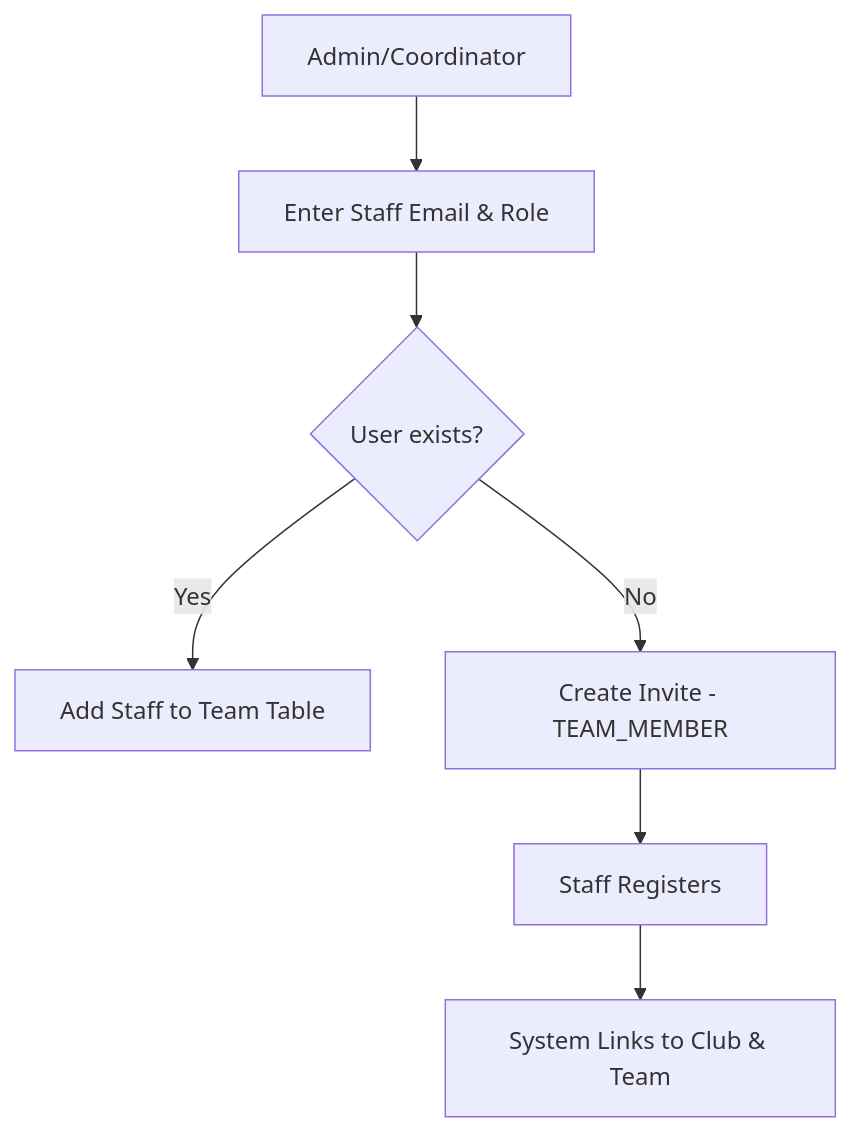
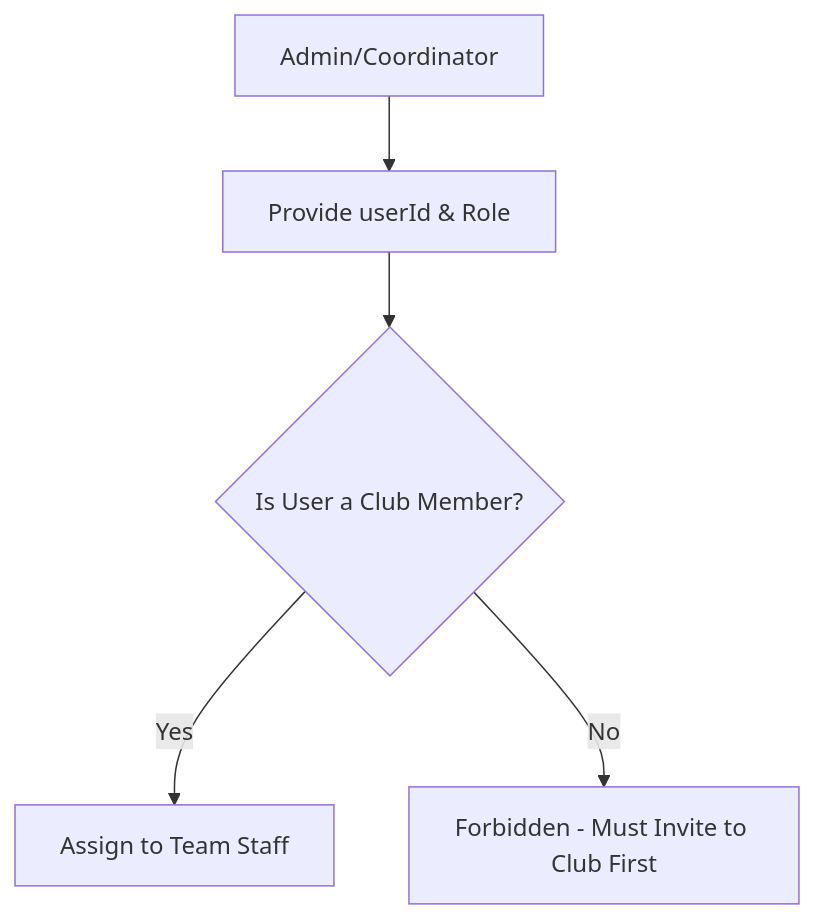
Before and after one commit to ricardofrango/squadify: the fifth of 7 diagrams in TECHNICAL_DECISIONS.md, drawn with Mermaid. The commit also changed other lines of this file and 50 other files, not shown here.

````diff
--- a/TECHNICAL_DECISIONS.md
+++ b/TECHNICAL_DECISIONS.md
@@ -156,9 +152,7 @@
 ```mermaid
 graph TD
-    A[Admin/Coordinator] --> B[Enter Staff Email & Role]
-    B --> C{User exists?}
-    C -->|Yes| D[Add Staff to Team Table]
-    C -->|No| E[Create Invite - TEAM_MEMBER]
-    E --> F[Staff Registers]
-    F --> G[System Links to Club & Team]
+    A[Admin/Coordinator] --> B[Provide userId & Role]
+    B --> C{Is User a Club Member?}
+    C -->|Yes| D[Assign to Team Staff]
+    C -->|No| E[Forbidden - Must Invite to Club First]
 ```
````
